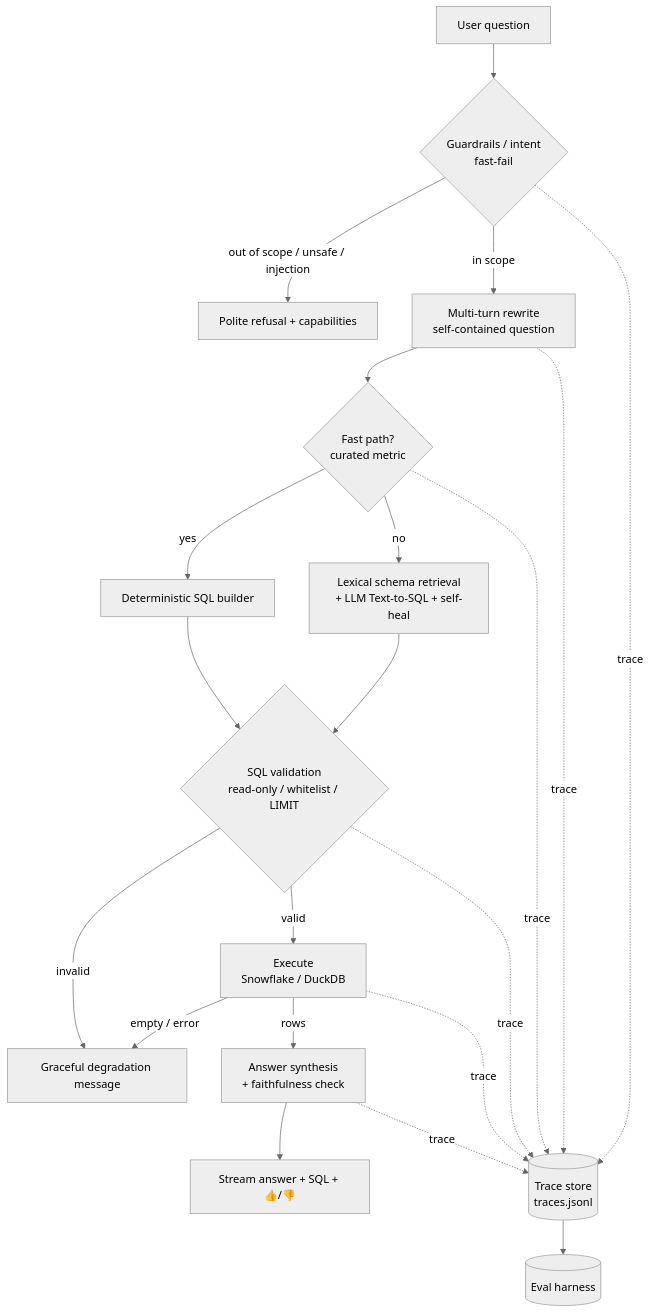
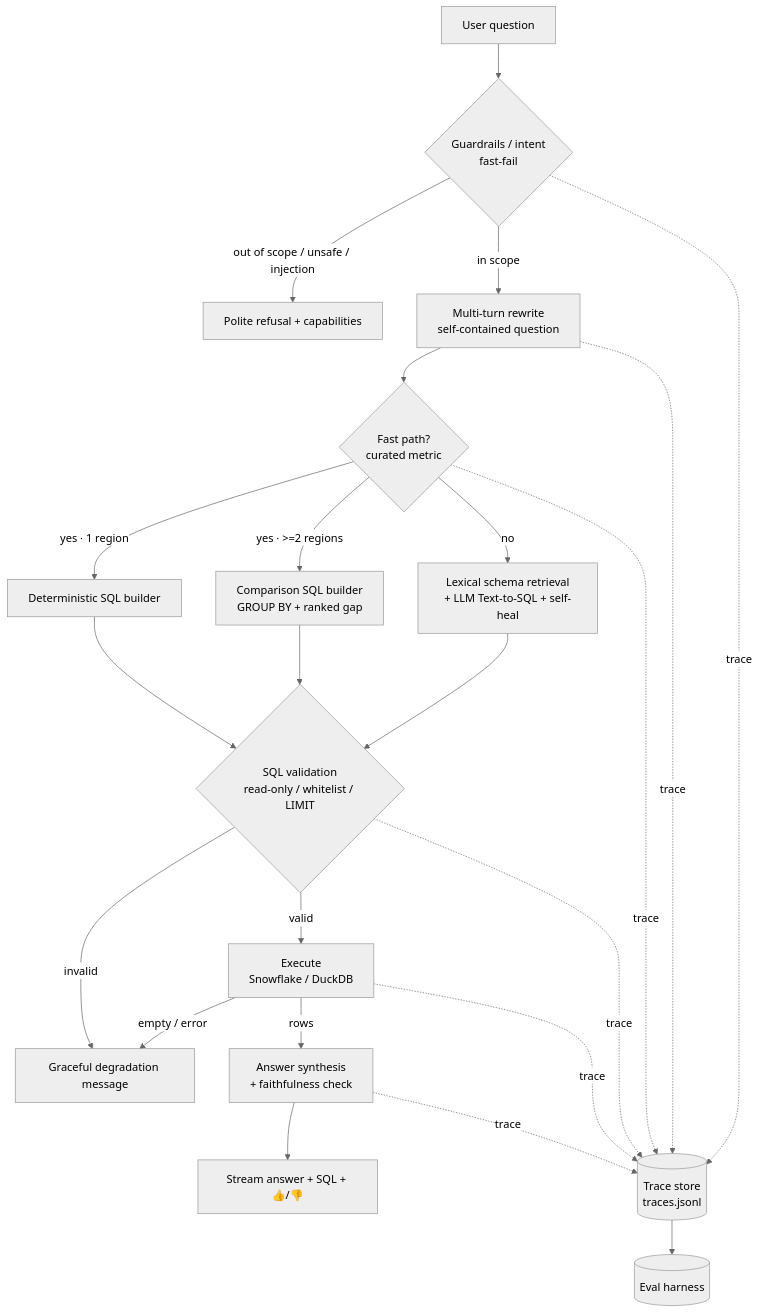
One commit to AndyUneducated/us-population-agent changed the first of 3 diagrams in README.md. Above: the diagram before and after it, drawn with Mermaid (neutral theme). The commit also changed other lines of this file and 7 other files, not shown here.

````diff
--- a/README.md
+++ b/README.md
@@ -64,18 +64,20 @@
 ```mermaid
 flowchart TD
     A[User question] --> B{Guardrails / intent<br/>fast-fail}
     B -- out of scope / unsafe / injection --> Z[Polite refusal + capabilities]
     B -- in scope --> C[Multi-turn rewrite<br/>self-contained question]
     C --> D{Fast path?<br/>curated metric}
-    D -- yes --> E1[Deterministic SQL builder]
+    D -- "yes · 1 region" --> E1[Deterministic SQL builder]
+    D -- "yes · >=2 regions" --> E3[Comparison SQL builder<br/>GROUP BY + ranked gap]
     D -- no --> E2[Lexical schema retrieval<br/>+ LLM Text-to-SQL + self-heal]
+    E3 --> F
     E1 --> F{SQL validation<br/>read-only / whitelist / LIMIT}
     E2 --> F
     F -- invalid --> Y[Graceful degradation message]
     G -- empty / error --> Y
     F -- valid --> G[Execute<br/>Snowflake / DuckDB]
     G -- rows --> H[Answer synthesis<br/>+ faithfulness check]
     H --> I[Stream answer + SQL + 👍/👎]
     B & C & D & F & G & H -.trace.-> T[(Trace store<br/>traces.jsonl)]
     T --> EV[(Eval harness)]
 ```
````
